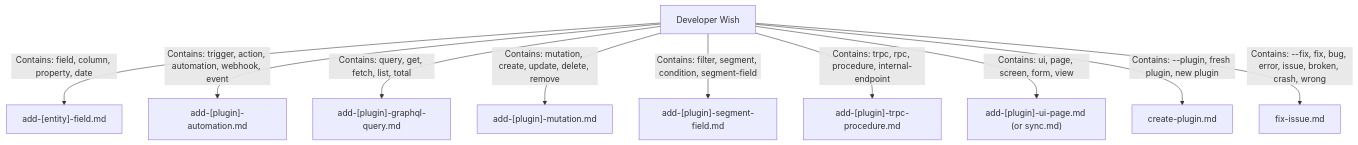
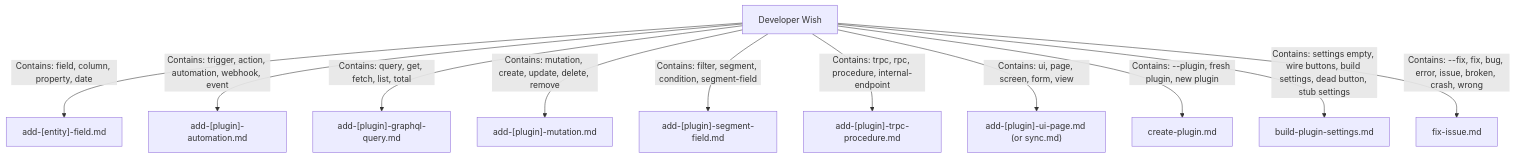
One commit to erxes/erxes changed the first of 2 diagrams in .agents/skills/start.md. Above: the diagram before and after it, drawn with Mermaid. The commit also changed other lines of this file and 5 other files, not shown here.

````diff
--- a/.agents/skills/start.md
+++ b/.agents/skills/start.md
@@ -23,12 +23,13 @@
 ```mermaid
 graph TD
     Wish["Developer Wish"] -->|Contains: field, column, property, date| Field["add-[entity]-field.md"]
     Wish -->|Contains: trigger, action, automation, webhook, event| Auto["add-[plugin]-automation.md"]
     Wish -->|Contains: query, get, fetch, list, total| Query["add-[plugin]-graphql-query.md"]
     Wish -->|Contains: mutation, create, update, delete, remove| Mut["add-[plugin]-mutation.md"]
     Wish -->|Contains: filter, segment, condition, segment-field| Seg["add-[plugin]-segment-field.md"]
     Wish -->|Contains: trpc, rpc, procedure, internal-endpoint| TRPC["add-[plugin]-trpc-procedure.md"]
     Wish -->|Contains: ui, page, screen, form, view| UI["add-[plugin]-ui-page.md (or sync.md)"]
     Wish -->|Contains: --plugin, fresh plugin, new plugin| CreatePlugin["create-plugin.md"]
+    Wish -->|Contains: settings empty, wire buttons, build settings, dead button, stub settings| BuildSettings["build-plugin-settings.md"]
     Wish -->|Contains: --fix, fix, bug, error, issue, broken, crash, wrong| FixIssue["fix-issue.md"]
 ```
````
